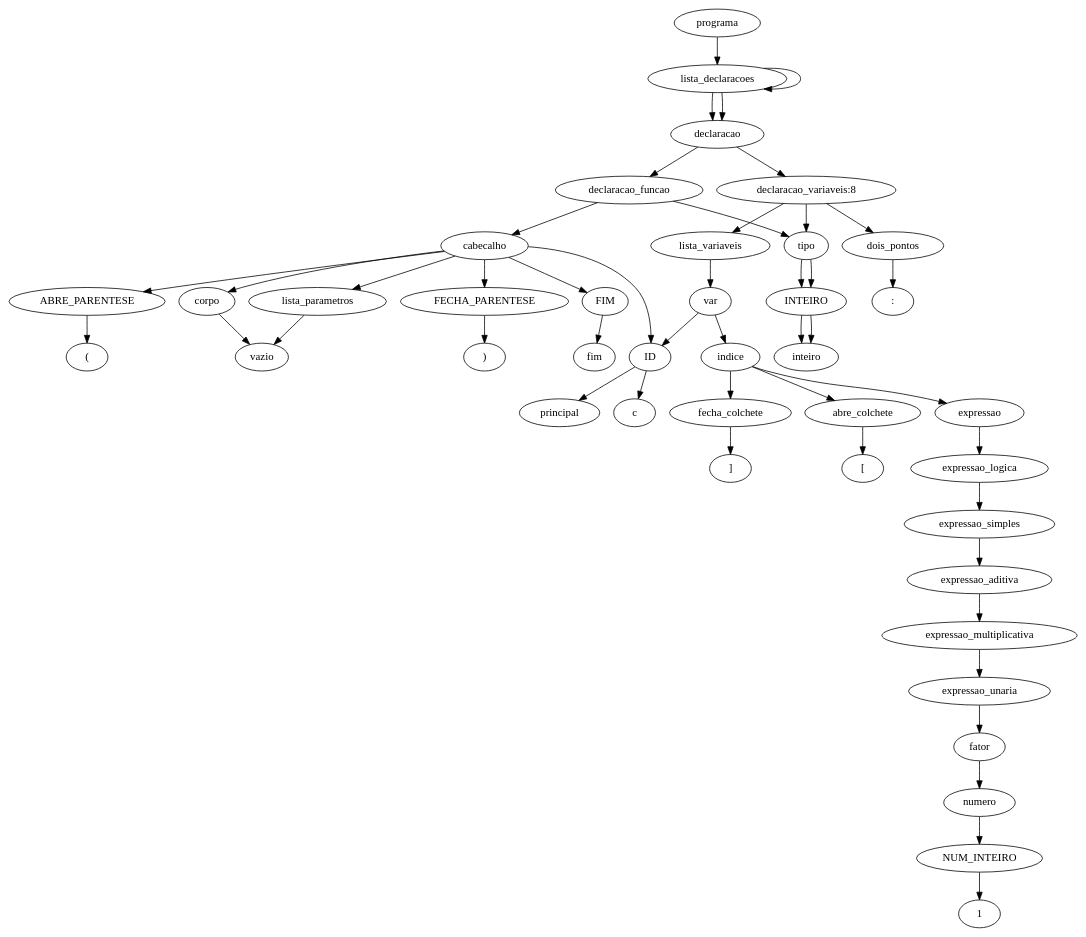
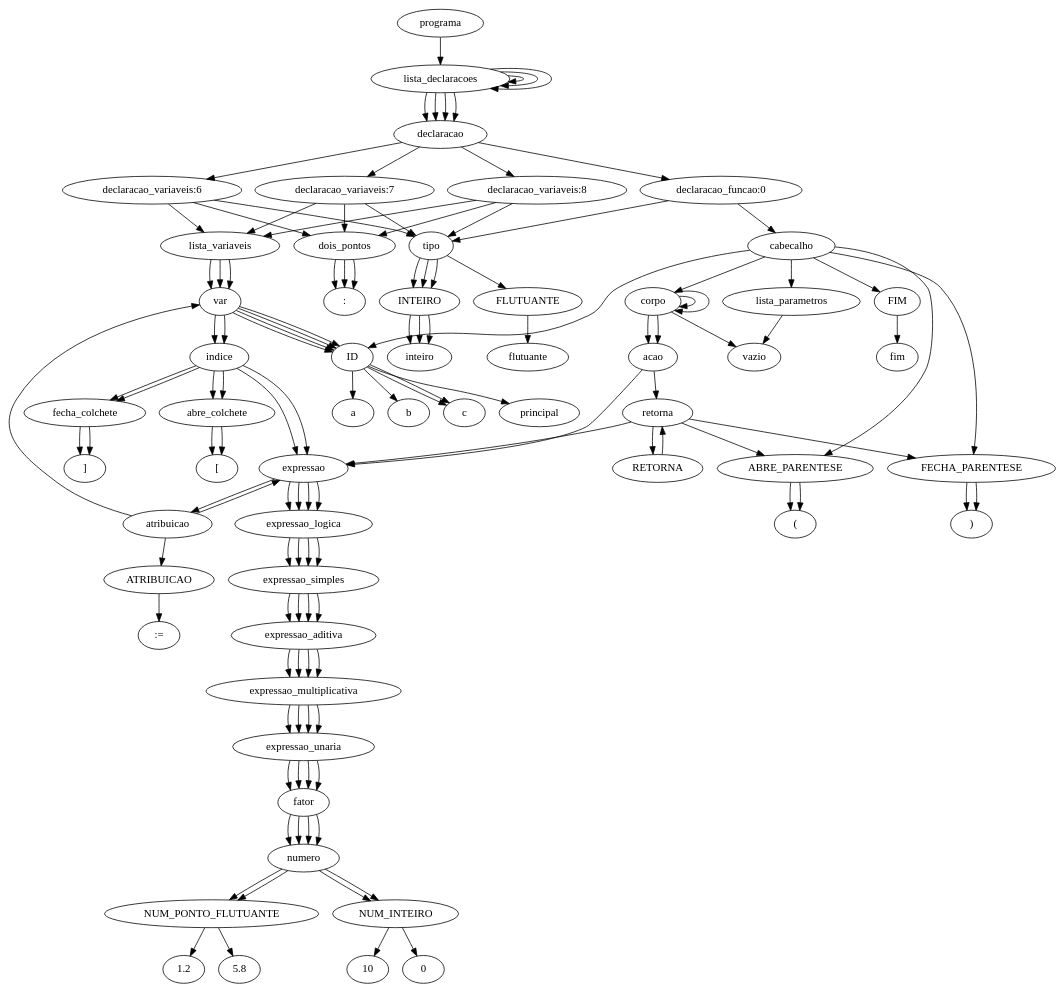
One commit to JuanFSR/Compiladores changed the diagram in 7.AnaliseSemantica/implementacao/semantica-testes/sema-002.tpp.ast.dot. Above: the diagram before and after it, drawn with Graphviz. The commit also changed 14 other files, not shown here.

```diff
--- a/7.AnaliseSemantica/implementacao/semantica-testes/sema-002.tpp.ast.dot
+++ b/7.AnaliseSemantica/implementacao/semantica-testes/sema-002.tpp.ast.dot
@@ -2,6 +2,30 @@
     "programa";
     "lista_declaracoes";
     "lista_declaracoes";
+    "lista_declaracoes";
+    "lista_declaracoes";
+    "declaracao";
+    "declaracao_variaveis:6";
+    "tipo";
+    "INTEIRO";
+    "inteiro";
+    "dois_pontos";
+    ":";
+    "lista_variaveis";
+    "var";
+    "ID";
+    "a";
+    "declaracao";
+    "declaracao_variaveis:7";
+    "tipo";
+    "FLUTUANTE";
+    "flutuante";
+    "dois_pontos";
+    ":";
+    "lista_variaveis";
+    "var";
+    "ID";
+    "b";
     "declaracao";
     "declaracao_variaveis:8";
     "tipo";
@@ -24,12 +48,12 @@
     "expressao_unaria";
     "fator";
     "numero";
-    "NUM_INTEIRO";
-    "1";
+    "NUM_PONTO_FLUTUANTE";
+    "1.2";
     "fecha_colchete";
     "]";
     "declaracao";
-    "declaracao_funcao";
+    "declaracao_funcao:0";
     "tipo";
     "INTEIRO";
     "inteiro";
@@ -43,13 +67,90 @@
     "FECHA_PARENTESE";
     ")";
     "corpo";
+    "corpo";
+    "corpo";
     "vazio";
+    "acao";
+    "expressao";
+    "atribuicao";
+    "var";
+    "ID";
+    "c";
+    "indice";
+    "abre_colchete";
+    "[";
+    "expressao";
+    "expressao_logica";
+    "expressao_simples";
+    "expressao_aditiva";
+    "expressao_multiplicativa";
+    "expressao_unaria";
+    "fator";
+    "numero";
+    "NUM_PONTO_FLUTUANTE";
+    "5.8";
+    "fecha_colchete";
+    "]";
+    "ATRIBUICAO";
+    ":=";
+    "expressao";
+    "expressao_logica";
+    "expressao_simples";
+    "expressao_aditiva";
+    "expressao_multiplicativa";
+    "expressao_unaria";
+    "fator";
+    "numero";
+    "NUM_INTEIRO";
+    "10";
+    "acao";
+    "retorna";
+    "RETORNA";
+    "retorna";
+    "ABRE_PARENTESE";
+    "(";
+    "expressao";
+    "expressao_logica";
+    "expressao_simples";
+    "expressao_aditiva";
+    "expressao_multiplicativa";
+    "expressao_unaria";
+    "fator";
+    "numero";
+    "NUM_INTEIRO";
+    "0";
+    "FECHA_PARENTESE";
+    ")";
     "FIM";
     "fim";
     "programa" -> "lista_declaracoes";
     "lista_declaracoes" -> "lista_declaracoes";
     "lista_declaracoes" -> "declaracao";
+    "lista_declaracoes" -> "lista_declaracoes";
     "lista_declaracoes" -> "declaracao";
+    "lista_declaracoes" -> "lista_declaracoes";
+    "lista_declaracoes" -> "declaracao";
+    "lista_declaracoes" -> "declaracao";
+    "declaracao" -> "declaracao_variaveis:6";
+    "declaracao_variaveis:6" -> "tipo";
+    "declaracao_variaveis:6" -> "dois_pontos";
+    "declaracao_variaveis:6" -> "lista_variaveis";
+    "tipo" -> "INTEIRO";
+    "INTEIRO" -> "inteiro";
+    "dois_pontos" -> ":";
+    "lista_variaveis" -> "var";
+    "var" -> "ID";
+    "ID" -> "a";
+    "declaracao" -> "declaracao_variaveis:7";
+    "declaracao_variaveis:7" -> "tipo";
+    "declaracao_variaveis:7" -> "dois_pontos";
+    "declaracao_variaveis:7" -> "lista_variaveis";
+    "tipo" -> "FLUTUANTE";
+    "FLUTUANTE" -> "flutuante";
+    "dois_pontos" -> ":";
+    "lista_variaveis" -> "var";
+    "var" -> "ID";
+    "ID" -> "b";
     "declaracao" -> "declaracao_variaveis:8";
     "declaracao_variaveis:8" -> "tipo";
     "declaracao_variaveis:8" -> "dois_pontos";
@@ -72,12 +173,12 @@
     "expressao_multiplicativa" -> "expressao_unaria";
     "expressao_unaria" -> "fator";
     "fator" -> "numero";
-    "numero" -> "NUM_INTEIRO";
-    "NUM_INTEIRO" -> "1";
+    "numero" -> "NUM_PONTO_FLUTUANTE";
+    "NUM_PONTO_FLUTUANTE" -> "1.2";
     "fecha_colchete" -> "]";
-    "declaracao" -> "declaracao_funcao";
-    "declaracao_funcao" -> "tipo";
-    "declaracao_funcao" -> "cabecalho";
+    "declaracao" -> "declaracao_funcao:0";
+    "declaracao_funcao:0" -> "tipo";
+    "declaracao_funcao:0" -> "cabecalho";
     "tipo" -> "INTEIRO";
     "INTEIRO" -> "inteiro";
     "cabecalho" -> "ID";
@@ -90,6 +191,59 @@
     "ABRE_PARENTESE" -> "(";
     "lista_parametros" -> "vazio";
     "FECHA_PARENTESE" -> ")";
+    "corpo" -> "corpo";
+    "corpo" -> "acao";
+    "corpo" -> "corpo";
+    "corpo" -> "acao";
     "corpo" -> "vazio";
+    "acao" -> "expressao";
+    "expressao" -> "atribuicao";
+    "atribuicao" -> "var";
+    "atribuicao" -> "ATRIBUICAO";
+    "atribuicao" -> "expressao";
+    "var" -> "ID";
+    "var" -> "indice";
+    "ID" -> "c";
+    "indice" -> "abre_colchete";
+    "indice" -> "expressao";
+    "indice" -> "fecha_colchete";
+    "abre_colchete" -> "[";
+    "expressao" -> "expressao_logica";
+    "expressao_logica" -> "expressao_simples";
+    "expressao_simples" -> "expressao_aditiva";
+    "expressao_aditiva" -> "expressao_multiplicativa";
+    "expressao_multiplicativa" -> "expressao_unaria";
+    "expressao_unaria" -> "fator";
+    "fator" -> "numero";
+    "numero" -> "NUM_PONTO_FLUTUANTE";
+    "NUM_PONTO_FLUTUANTE" -> "5.8";
+    "fecha_colchete" -> "]";
+    "ATRIBUICAO" -> ":=";
+    "expressao" -> "expressao_logica";
+    "expressao_logica" -> "expressao_simples";
+    "expressao_simples" -> "expressao_aditiva";
+    "expressao_aditiva" -> "expressao_multiplicativa";
+    "expressao_multiplicativa" -> "expressao_unaria";
+    "expressao_unaria" -> "fator";
+    "fator" -> "numero";
+    "numero" -> "NUM_INTEIRO";
+    "NUM_INTEIRO" -> "10";
+    "acao" -> "retorna";
+    "retorna" -> "RETORNA";
+    "retorna" -> "ABRE_PARENTESE";
+    "retorna" -> "expressao";
+    "retorna" -> "FECHA_PARENTESE";
+    "RETORNA" -> "retorna";
+    "ABRE_PARENTESE" -> "(";
+    "expressao" -> "expressao_logica";
+    "expressao_logica" -> "expressao_simples";
+    "expressao_simples" -> "expressao_aditiva";
+    "expressao_aditiva" -> "expressao_multiplicativa";
+    "expressao_multiplicativa" -> "expressao_unaria";
+    "expressao_unaria" -> "fator";
+    "fator" -> "numero";
+    "numero" -> "NUM_INTEIRO";
+    "NUM_INTEIRO" -> "0";
+    "FECHA_PARENTESE" -> ")";
     "FIM" -> "fim";
 }
```
